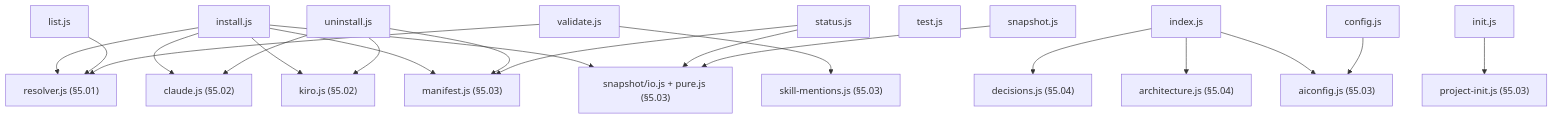
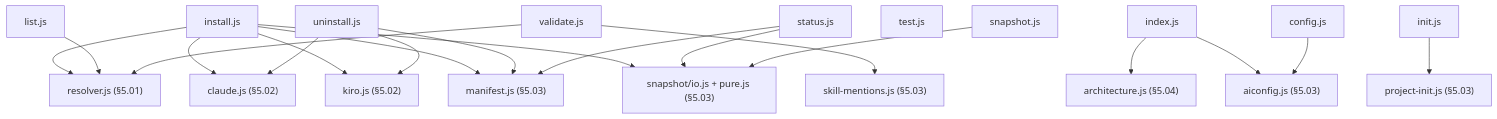
The diagram in docs/architecture/05_05_command_layer.md (starvoxel/ai-foundation), drawn with Mermaid before and after one commit. The commit also changed other lines of this file and 10 other files, not shown here.

````diff
--- a/docs/architecture/05_05_command_layer.md
+++ b/docs/architecture/05_05_command_layer.md
@@ -25,34 +25,33 @@
 ```mermaid
 graph TD
   Install["install.js"]
   Uninstall["uninstall.js"]
   Status["status.js"]
   List["list.js"]
   Validate["validate.js"]
   Test["test.js"]
   Snapshot["snapshot.js"]
   Index["index.js"]
   Init["init.js"]
   Config["config.js"]
 
   Resolver["resolver.js (§5.01)"]
   SkillMentions["skill-mentions.js (§5.03)"]
   Manifest["manifest.js (§5.03)"]
   SnapLib["snapshot/io.js + pure.js (§5.03)"]
-  Decisions["decisions.js (§5.04)"]
   Architecture["architecture.js (§5.04)"]
   AiConfig["aiconfig.js (§5.03)"]
   ProjInit["project-init.js (§5.03)"]
   Claude["claude.js (§5.02)"]
   Kiro["kiro.js (§5.02)"]
 
   Install --> Resolver & Claude & Kiro & Manifest & SnapLib
   Uninstall --> Manifest & Claude & Kiro
   Status --> Manifest & SnapLib
   List --> Resolver
   Validate --> Resolver & SkillMentions
   Snapshot --> SnapLib
-  Index --> Decisions & Architecture & AiConfig
+  Index --> Architecture & AiConfig
   Init --> ProjInit
   Config --> AiConfig
 ```
````
